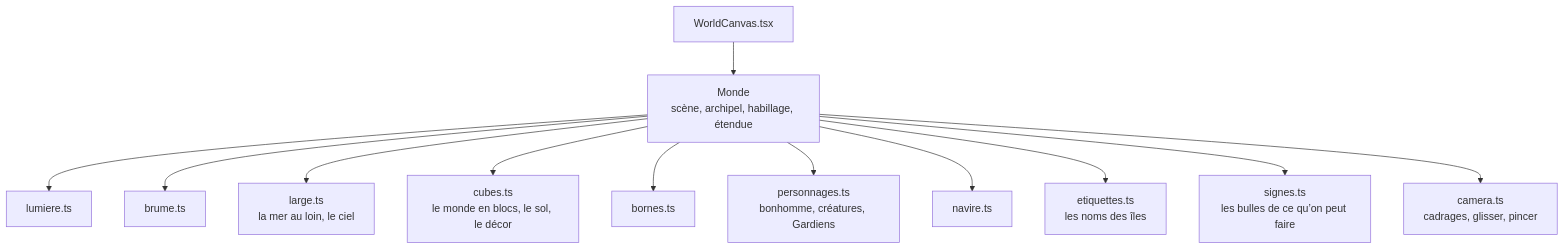
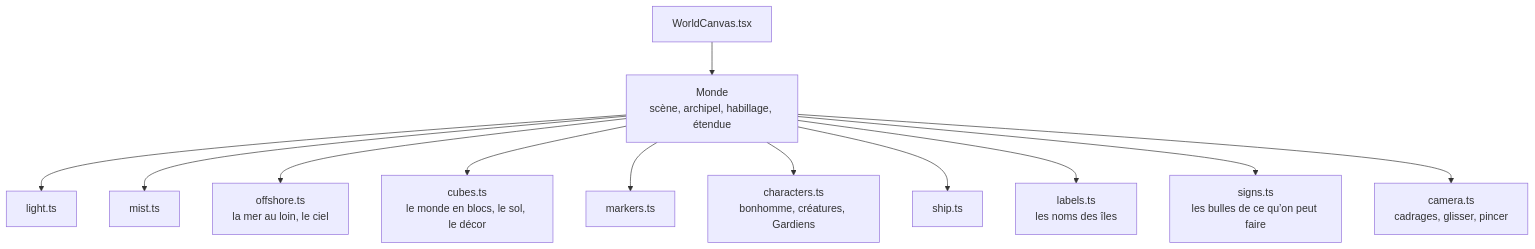
The second of 3 diagrams in docs/architecture/monde.md (g7ed6e/dysapps), drawn with Mermaid before and after one commit. The commit also changed other lines of this file and 706 other files, not shown here.

````diff
--- a/docs/architecture/monde.md
+++ b/docs/architecture/monde.md
@@ -28,14 +28,14 @@
 ```mermaid
 flowchart TD
   wc[WorldCanvas.tsx] --> monde[Monde<br/>scène, archipel, habillage, étendue]
-  monde --> lumiere[lumiere.ts]
-  monde --> brume[brume.ts]
-  monde --> large[large.ts<br/>la mer au loin, le ciel]
+  monde --> lumiere[light.ts]
+  monde --> brume[mist.ts]
+  monde --> large[offshore.ts<br/>la mer au loin, le ciel]
   monde --> cubes[cubes.ts<br/>le monde en blocs, le sol, le décor]
-  monde --> bornes[bornes.ts]
-  monde --> personnages[personnages.ts<br/>bonhomme, créatures, Gardiens]
-  monde --> navire[navire.ts]
-  monde --> etiquettes[etiquettes.ts<br/>les noms des îles]
-  monde --> signes[signes.ts<br/>les bulles de ce qu’on peut faire]
+  monde --> bornes[markers.ts]
+  monde --> personnages[characters.ts<br/>bonhomme, créatures, Gardiens]
+  monde --> navire[ship.ts]
+  monde --> etiquettes[labels.ts<br/>les noms des îles]
+  monde --> signes[signs.ts<br/>les bulles de ce qu’on peut faire]
   monde --> camera[camera.ts<br/>cadrages, glisser, pincer]
 ```
````
